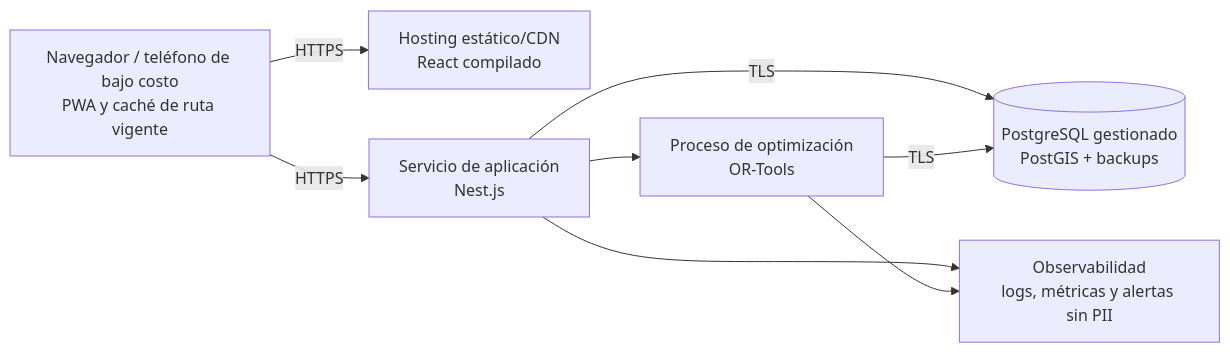
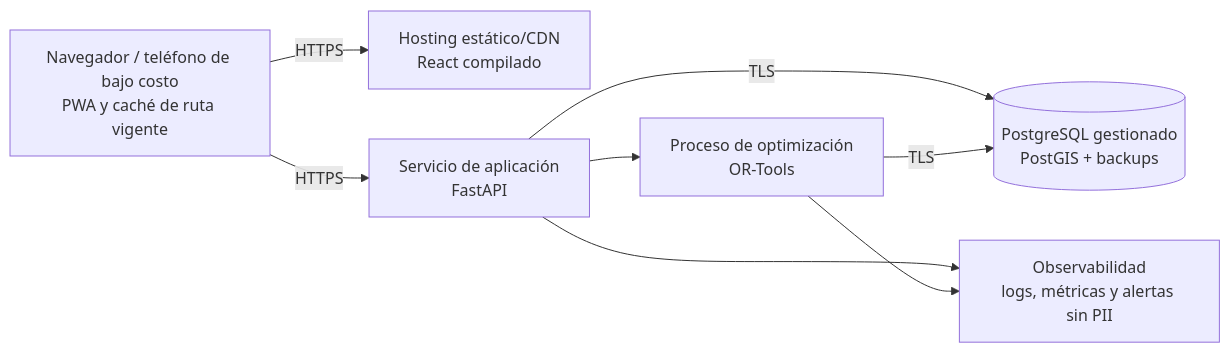
The fifth of 5 diagrams in docs/01 Inicio/12. Modelo C4 V_1_0_0.md (alexito-dev/EcoLogistica), drawn with Mermaid before and after one commit. The commit also changed other lines of this file and 5 other files, not shown here.

First line of the commit message:
docs(arquitectura): ratificar stack React + FastAPI (alternativa A)

````diff
--- a/docs/01 Inicio/12. Modelo C4 V_1_0_0.md
+++ b/docs/01 Inicio/12. Modelo C4 V_1_0_0.md
@@ -179,17 +179,17 @@
 ```mermaid
 flowchart LR
     device["Navegador / teléfono de bajo costo<br/>PWA y caché de ruta vigente"]
     edge["Hosting estático/CDN<br/>React compilado"]
-    app["Servicio de aplicación<br/>Nest.js"]
+    app["Servicio de aplicación<br/>FastAPI"]
     job["Proceso de optimización<br/>OR-Tools"]
     data[("PostgreSQL gestionado<br/>PostGIS + backups")]
     obs["Observabilidad<br/>logs, métricas y alertas sin PII"]
 
     device -->|"HTTPS"| edge
     device -->|"HTTPS"| app
     app --> job
     app -->|"TLS"| data
     job -->|"TLS"| data
     app --> obs
     job --> obs
 ```
````
